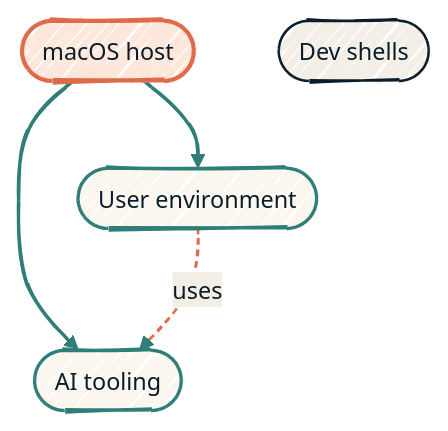
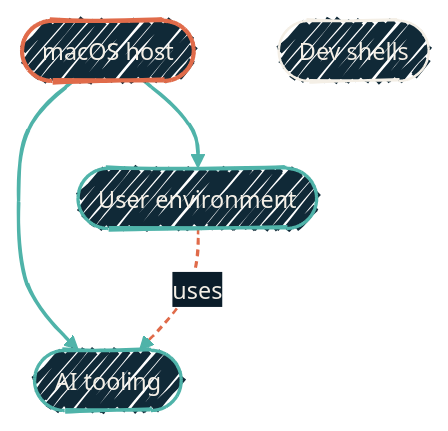
Before and after one commit to dryvist/docs: the diagram in nix/overview.mdx, drawn with Mermaid. The commit also changed 11 other files, not shown here.

````diff
--- a/nix/overview.mdx
+++ b/nix/overview.mdx
@@ -16,23 +16,23 @@
 ```mermaid
-%%{init: {'theme':'base','look':'handDrawn','themeVariables':{'fontFamily':'Geist','fontSize':'14px','primaryColor':'#FBF7EE','primaryTextColor':'#0B1D2A','primaryBorderColor':'#2F7E78','lineColor':'#2F7E78','secondaryColor':'#F4EFE6','tertiaryColor':'#FFE7DC','clusterBkg':'rgba(47,126,120,0.06)','clusterBorder':'#2F7E78'}}}%%
+%%{init: {'theme':'base','look':'handDrawn','themeVariables':{'fontFamily':'Geist','fontSize':'14px','primaryColor':'#102937','primaryTextColor':'#F4EFE6','primaryBorderColor':'#4FB3A9','lineColor':'#4FB3A9','secondaryColor':'#0B1D2A','tertiaryColor':'#1A2A38','clusterBkg':'rgba(79,179,169,0.08)','clusterBorder':'#4FB3A9'}}}%%
 flowchart TB
   ND([macOS host])
   NH([User environment])
   NA([AI tooling])
   NDV([Dev shells])
 
   ND --> NH
   ND --> NA
   NH -.uses.-> NA
 
-  classDef sys  fill:#FFE7DC,stroke:#E06B4A,stroke-width:2.5px,color:#0B1D2A;
-  classDef usr  fill:#FBF7EE,stroke:#2F7E78,stroke-width:2px,color:#0B1D2A;
-  classDef proj fill:#F4EFE6,stroke:#0B1D2A,stroke-width:1.5px,color:#0B1D2A;
+  classDef sys  fill:#102937,stroke:#E06B4A,stroke-width:2.5px,color:#F4EFE6;
+  classDef usr  fill:#102937,stroke:#4FB3A9,stroke-width:2px,color:#F4EFE6;
+  classDef proj fill:#102937,stroke:#F4EFE6,stroke-width:1.5px,color:#F4EFE6;
 
   class ND sys
   class NH,NA usr
   class NDV proj
 
-  linkStyle 0,1 stroke:#2F7E78,stroke-width:2px;
+  linkStyle 0,1 stroke:#4FB3A9,stroke-width:2px;
   linkStyle 2 stroke:#E06B4A,stroke-width:1.5px,stroke-dasharray:4 3;
 ```
````
